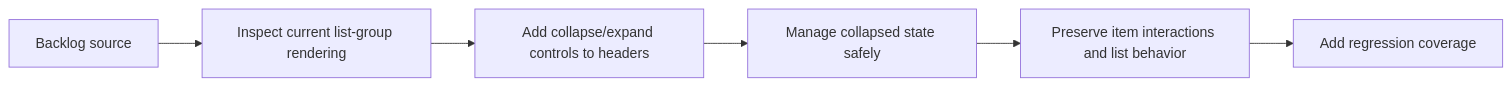
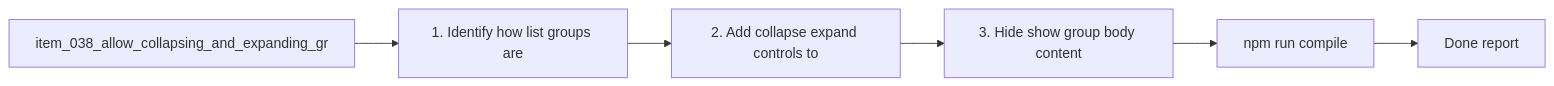
The diagram in logics/tasks/task_032_allow_collapsing_and_expanding_groups_in_list_mode.md (AlexAgo83/logics-manager), drawn with Mermaid before and after one commit. The commit also changed other lines of this file and 481 other files, not shown here.

````diff
--- a/logics/tasks/task_032_allow_collapsing_and_expanding_groups_in_list_mode.md
+++ b/logics/tasks/task_032_allow_collapsing_and_expanding_groups_in_list_mode.md
@@ -16,9 +17,10 @@
 ```mermaid
+%% logics-kind: task
 %% logics-signature: task|allow-collapsing-and-expanding-groups-in|item-038-allow-collapsing-and-expanding-|1-identify-how-list-groups-are|npm-run-compile
 flowchart LR
-    Backlog[Backlog source] --> Groups[Inspect current list-group rendering]
-    Groups --> Controls[Add collapse/expand controls to headers]
-    Controls --> State[Manage collapsed state safely]
-    State --> Interactions[Preserve item interactions and list behavior]
-    Interactions --> Tests[Add regression coverage]
+    Backlog[item_038_allow_collapsing_and_expanding_gr] --> Step1[1. Identify how list groups are]
+    Step1 --> Step2[2. Add collapse expand controls to]
+    Step2 --> Step3[3. Hide show group body content]
+    Step3 --> Validation[npm run compile]
+    Validation --> Report[Done report]
 ```
````
